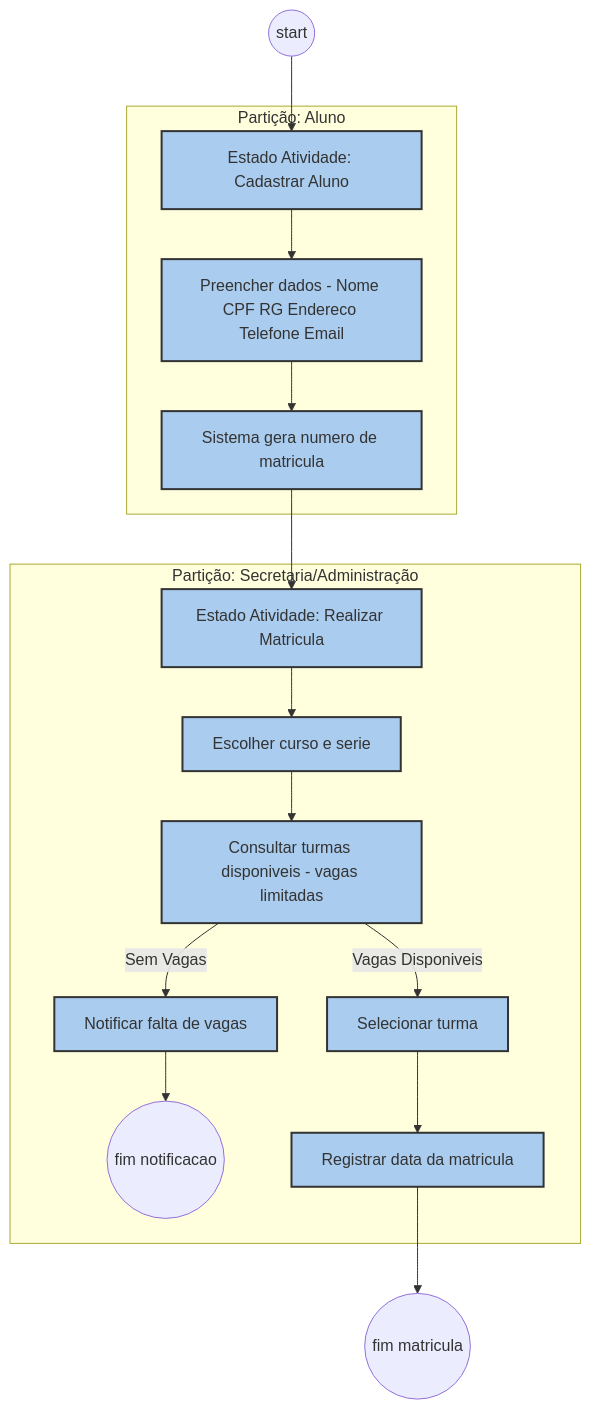
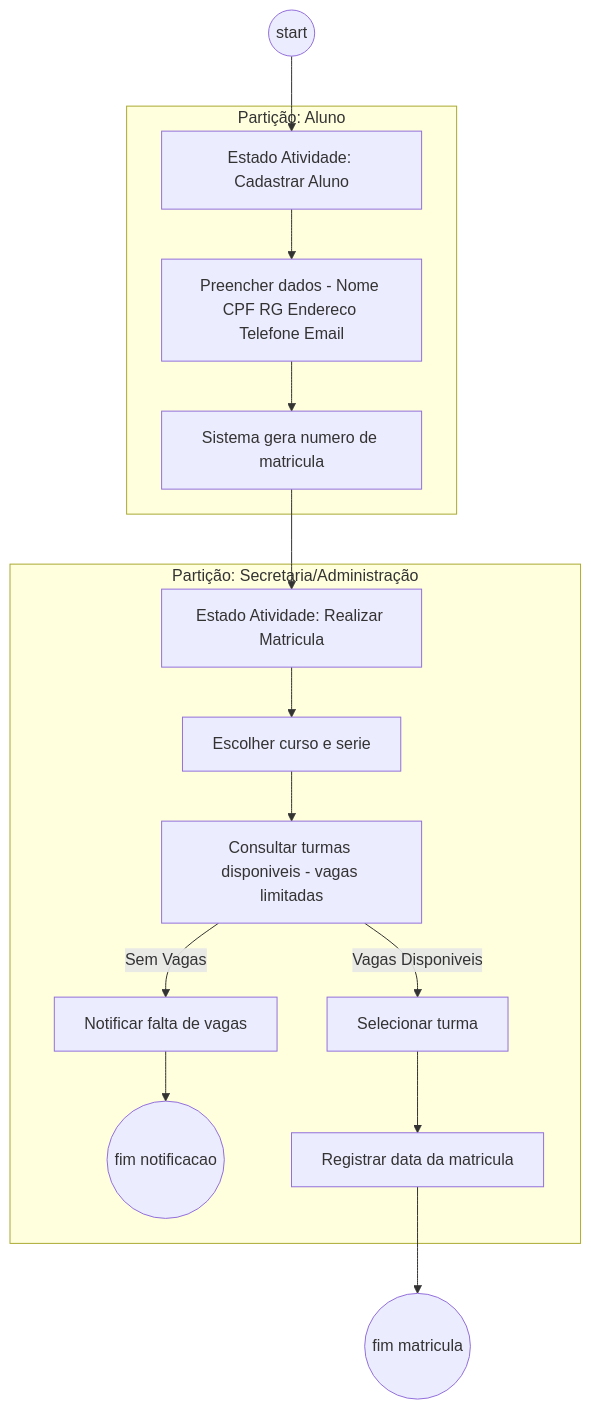
The diagram in README.md (wes-lem/Diagramas), drawn with Mermaid before and after one commit.

````diff
--- a/README.md
+++ b/README.md
@@ -3,34 +3,24 @@
 ```mermaid
   graph TD
     start((start)) --> CadastrarAluno[Estado Atividade: Cadastrar Aluno];
 
     subgraph Partição: Aluno
         CadastrarAluno --> PreencherDadosAluno[Preencher dados - Nome CPF RG Endereco Telefone Email];
         PreencherDadosAluno --> SistemaGeraMatricula[Sistema gera numero de matricula];
     end
 
     SistemaGeraMatricula --> RealizarMatricula[Estado Atividade: Realizar Matricula];
 
     subgraph Partição: Secretaria/Administração
         RealizarMatricula --> EscolherCursoESerie[Escolher curso e serie];
         EscolherCursoESerie --> ConsultarTurmasDisponiveis[Consultar turmas disponiveis - vagas limitadas];
         ConsultarTurmasDisponiveis -- Vagas Disponiveis --> SelecionarTurma[Selecionar turma];
         ConsultarTurmasDisponiveis -- Sem Vagas --> NotificarSemVagas[Notificar falta de vagas];
         NotificarSemVagas --> fimNotificacao((fim notificacao));
         SelecionarTurma --> RegistrarDataMatricula[Registrar data da matricula];
     end
 
     RegistrarDataMatricula --> fimMatricula((fim matricula));
 
-    style CadastrarAluno fill:#ace,stroke:#333,stroke-width:2px;
-    style PreencherDadosAluno fill:#ace,stroke:#333,stroke-width:2px;
-    style SistemaGeraMatricula fill:#ace,stroke:#333,stroke-width:2px;
-    style RealizarMatricula fill:#ace,stroke:#333,stroke-width:2px;
-    style EscolherCursoESerie fill:#ace,stroke:#333,stroke-width:2px;
-    style ConsultarTurmasDisponiveis fill:#ace,stroke:#333,stroke-width:2px;
-    style SelecionarTurma fill:#ace,stroke:#333,stroke-width:2px;
-    style NotificarSemVagas fill:#ace,stroke:#333,stroke-width:2px;
-    style RegistrarDataMatricula fill:#ace,stroke:#333,stroke-width:2px;
-
 
 ```
````
